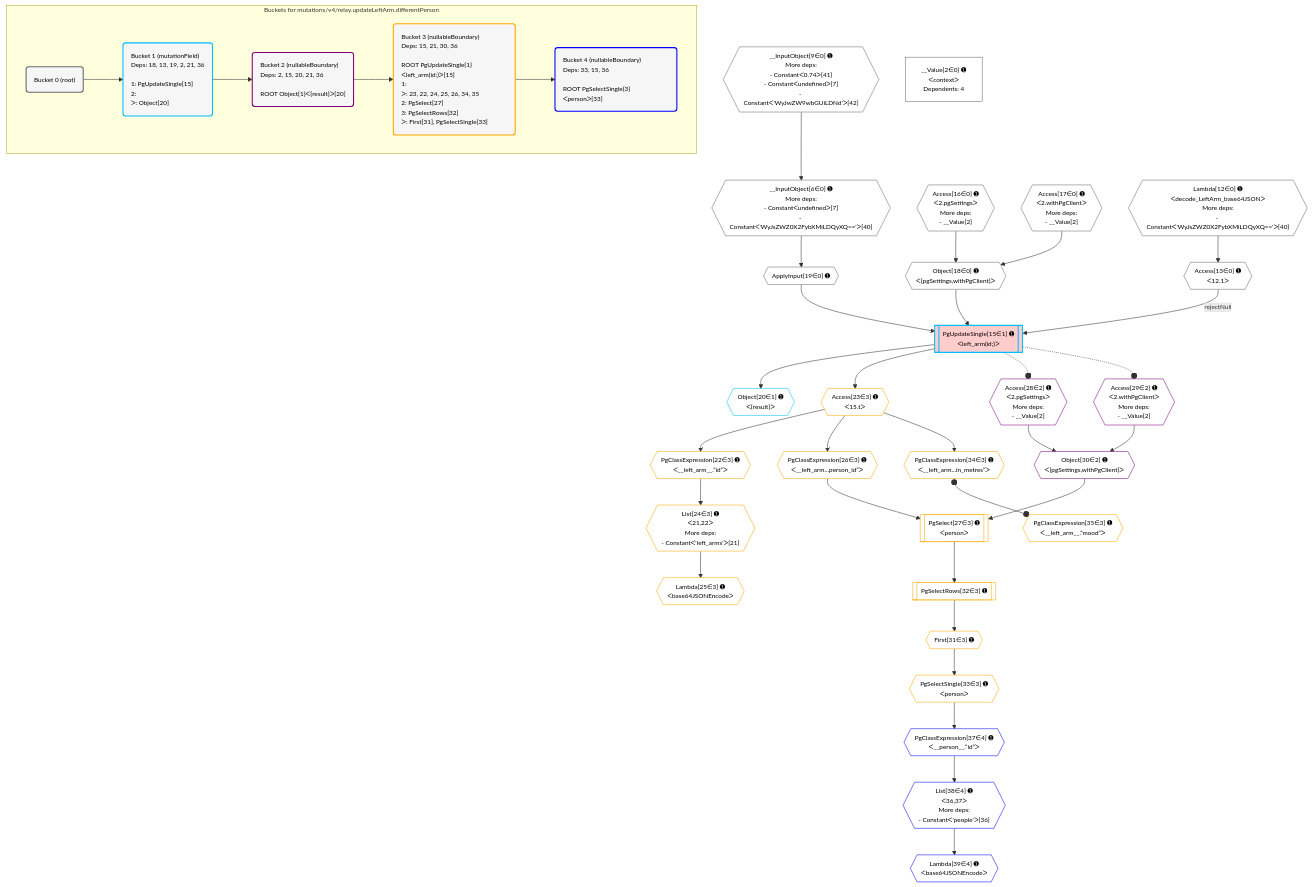
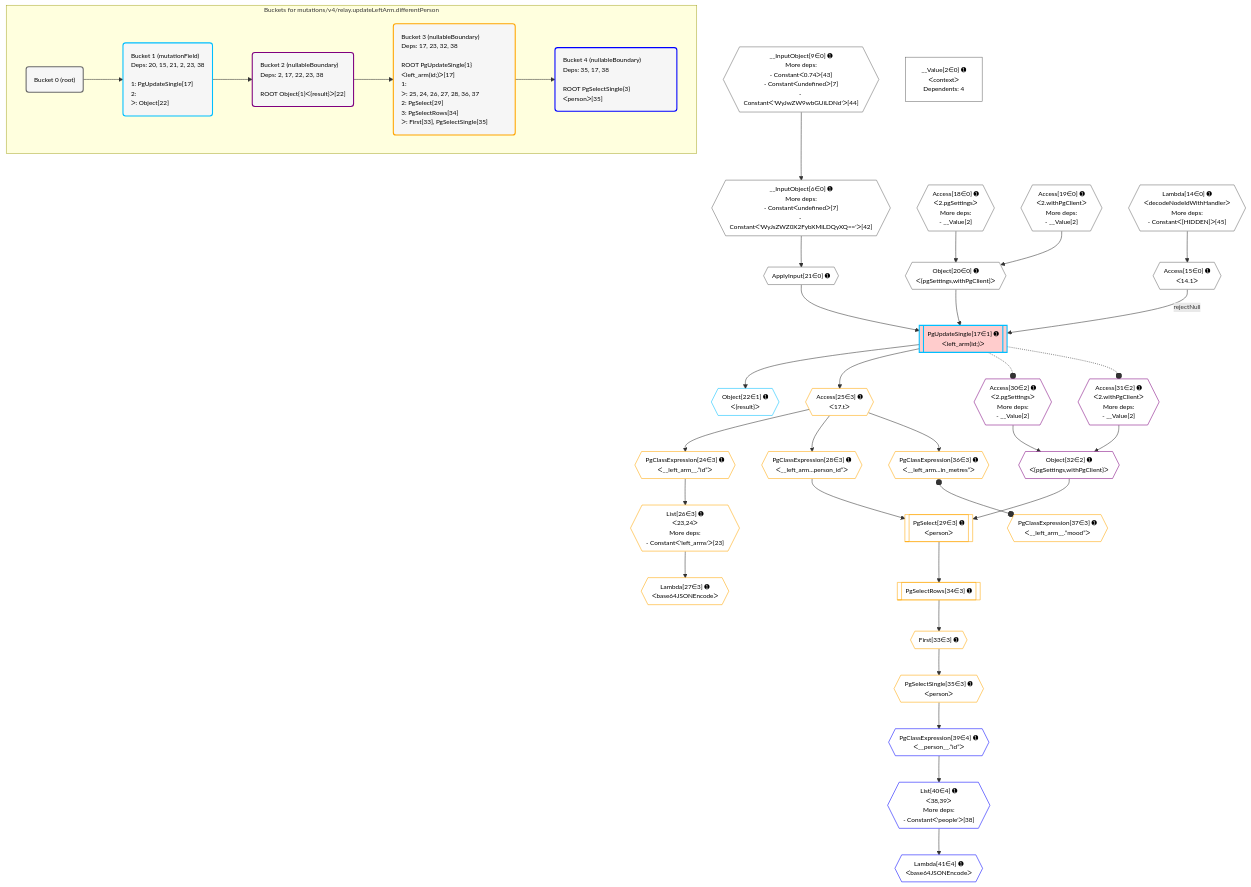
One commit to graphile/crystal changed the diagram in postgraphile/postgraphile/__tests__/mutations/v4/relay.updateLeftArm.differentPerson.mermaid. Above: the diagram before and after it, drawn with Mermaid. The commit also changed 10 other files, not shown here.

Commit message:
Update plan diagrams

```diff
--- a/postgraphile/postgraphile/__tests__/mutations/v4/relay.updateLeftArm.differentPerson.mermaid
+++ b/postgraphile/postgraphile/__tests__/mutations/v4/relay.updateLeftArm.differentPerson.mermaid
@@ -1,88 +1,88 @@
 %%{init: {'themeVariables': { 'fontSize': '12px'}}}%%
 graph TD
     classDef path fill:#eee,stroke:#000,color:#000
     classDef plan fill:#fff,stroke-width:1px,color:#000
     classDef itemplan fill:#fff,stroke-width:2px,color:#000
     classDef unbatchedplan fill:#dff,stroke-width:1px,color:#000
     classDef sideeffectplan fill:#fcc,stroke-width:2px,color:#000
     classDef bucket fill:#f6f6f6,color:#000,stroke-width:2px,text-align:left
 
     subgraph "Buckets for mutations/v4/relay.updateLeftArm.differentPerson"
     Bucket0("Bucket 0 (root)"):::bucket
-    Bucket1("Bucket 1 (mutationField)<br />Deps: 18, 13, 19, 2, 21, 36<br /><br />1: PgUpdateSingle[15]<br />2: <br />ᐳ: Object[20]"):::bucket
-    Bucket2("Bucket 2 (nullableBoundary)<br />Deps: 2, 15, 20, 21, 36<br /><br />ROOT Object{1}ᐸ{result}ᐳ[20]"):::bucket
-    Bucket3("Bucket 3 (nullableBoundary)<br />Deps: 15, 21, 30, 36<br /><br />ROOT PgUpdateSingle{1}ᐸleft_arm(id;)ᐳ[15]<br />1: <br />ᐳ: 23, 22, 24, 25, 26, 34, 35<br />2: PgSelect[27]<br />3: PgSelectRows[32]<br />ᐳ: First[31], PgSelectSingle[33]"):::bucket
-    Bucket4("Bucket 4 (nullableBoundary)<br />Deps: 33, 15, 36<br /><br />ROOT PgSelectSingle{3}ᐸpersonᐳ[33]"):::bucket
+    Bucket1("Bucket 1 (mutationField)<br />Deps: 20, 15, 21, 2, 23, 38<br /><br />1: PgUpdateSingle[17]<br />2: <br />ᐳ: Object[22]"):::bucket
+    Bucket2("Bucket 2 (nullableBoundary)<br />Deps: 2, 17, 22, 23, 38<br /><br />ROOT Object{1}ᐸ{result}ᐳ[22]"):::bucket
+    Bucket3("Bucket 3 (nullableBoundary)<br />Deps: 17, 23, 32, 38<br /><br />ROOT PgUpdateSingle{1}ᐸleft_arm(id;)ᐳ[17]<br />1: <br />ᐳ: 25, 24, 26, 27, 28, 36, 37<br />2: PgSelect[29]<br />3: PgSelectRows[34]<br />ᐳ: First[33], PgSelectSingle[35]"):::bucket
+    Bucket4("Bucket 4 (nullableBoundary)<br />Deps: 35, 17, 38<br /><br />ROOT PgSelectSingle{3}ᐸpersonᐳ[35]"):::bucket
     end
     Bucket0 --> Bucket1
     Bucket1 --> Bucket2
     Bucket2 --> Bucket3
     Bucket3 --> Bucket4
 
     %% plan dependencies
-    __InputObject6{{"__InputObject[6∈0] ➊<br />More deps:<br />- Constantᐸundefinedᐳ[7]<br />- Constantᐸ'WyJsZWZ0X2FybXMiLDQyXQ=='ᐳ[40]"}}:::plan
-    __InputObject9{{"__InputObject[9∈0] ➊<br />More deps:<br />- Constantᐸ0.74ᐳ[41]<br />- Constantᐸundefinedᐳ[7]<br />- Constantᐸ'WyJwZW9wbGUiLDNd'ᐳ[42]"}}:::plan
+    __InputObject6{{"__InputObject[6∈0] ➊<br />More deps:<br />- Constantᐸundefinedᐳ[7]<br />- Constantᐸ'WyJsZWZ0X2FybXMiLDQyXQ=='ᐳ[42]"}}:::plan
+    __InputObject9{{"__InputObject[9∈0] ➊<br />More deps:<br />- Constantᐸ0.74ᐳ[43]<br />- Constantᐸundefinedᐳ[7]<br />- Constantᐸ'WyJwZW9wbGUiLDNd'ᐳ[44]"}}:::plan
     __InputObject9 --> __InputObject6
-    Object18{{"Object[18∈0] ➊<br />ᐸ{pgSettings,withPgClient}ᐳ"}}:::plan
-    Access16{{"Access[16∈0] ➊<br />ᐸ2.pgSettingsᐳ<br />More deps:<br />- __Value[2]"}}:::plan
-    Access17{{"Access[17∈0] ➊<br />ᐸ2.withPgClientᐳ<br />More deps:<br />- __Value[2]"}}:::plan
-    Access16 & Access17 --> Object18
-    Lambda12{{"Lambda[12∈0] ➊<br />ᐸdecode_LeftArm_base64JSONᐳ<br />More deps:<br />- Constantᐸ'WyJsZWZ0X2FybXMiLDQyXQ=='ᐳ[40]"}}:::plan
-    Access13{{"Access[13∈0] ➊<br />ᐸ12.1ᐳ"}}:::plan
-    Lambda12 --> Access13
-    ApplyInput19{{"ApplyInput[19∈0] ➊"}}:::plan
-    __InputObject6 --> ApplyInput19
+    Object20{{"Object[20∈0] ➊<br />ᐸ{pgSettings,withPgClient}ᐳ"}}:::plan
+    Access18{{"Access[18∈0] ➊<br />ᐸ2.pgSettingsᐳ<br />More deps:<br />- __Value[2]"}}:::plan
+    Access19{{"Access[19∈0] ➊<br />ᐸ2.withPgClientᐳ<br />More deps:<br />- __Value[2]"}}:::plan
+    Access18 & Access19 --> Object20
+    Lambda14{{"Lambda[14∈0] ➊<br />ᐸdecodeNodeIdWithHandlerᐳ<br />More deps:<br />- Constantᐸ[HIDDEN]ᐳ[45]"}}:::plan
+    Access15{{"Access[15∈0] ➊<br />ᐸ14.1ᐳ"}}:::plan
+    Lambda14 --> Access15
+    ApplyInput21{{"ApplyInput[21∈0] ➊"}}:::plan
+    __InputObject6 --> ApplyInput21
     __Value2["__Value[2∈0] ➊<br />ᐸcontextᐳ<br />Dependents: 4"]:::plan
-    PgUpdateSingle15[["PgUpdateSingle[15∈1] ➊<br />ᐸleft_arm(id;)ᐳ"]]:::sideeffectplan
-    Access13 -->|rejectNull| PgUpdateSingle15
-    Object18 & ApplyInput19 --> PgUpdateSingle15
-    Object20{{"Object[20∈1] ➊<br />ᐸ{result}ᐳ"}}:::plan
-    PgUpdateSingle15 --> Object20
-    Object30{{"Object[30∈2] ➊<br />ᐸ{pgSettings,withPgClient}ᐳ"}}:::plan
-    Access28{{"Access[28∈2] ➊<br />ᐸ2.pgSettingsᐳ<br />More deps:<br />- __Value[2]"}}:::plan
-    Access29{{"Access[29∈2] ➊<br />ᐸ2.withPgClientᐳ<br />More deps:<br />- __Value[2]"}}:::plan
-    Access28 & Access29 --> Object30
-    List24{{"List[24∈3] ➊<br />ᐸ21,22ᐳ<br />More deps:<br />- Constantᐸ'left_arms'ᐳ[21]"}}:::plan
-    PgClassExpression22{{"PgClassExpression[22∈3] ➊<br />ᐸ__left_arm__.”id”ᐳ"}}:::plan
-    PgClassExpression22 --> List24
-    PgSelect27[["PgSelect[27∈3] ➊<br />ᐸpersonᐳ"]]:::plan
-    PgClassExpression26{{"PgClassExpression[26∈3] ➊<br />ᐸ__left_arm...person_id”ᐳ"}}:::plan
-    Object30 & PgClassExpression26 --> PgSelect27
-    Access23{{"Access[23∈3] ➊<br />ᐸ15.tᐳ"}}:::plan
-    Access23 --> PgClassExpression22
-    PgUpdateSingle15 --> Access23
-    Lambda25{{"Lambda[25∈3] ➊<br />ᐸbase64JSONEncodeᐳ"}}:::plan
-    List24 --> Lambda25
-    Access23 --> PgClassExpression26
-    First31{{"First[31∈3] ➊"}}:::plan
-    PgSelectRows32[["PgSelectRows[32∈3] ➊"]]:::plan
-    PgSelectRows32 --> First31
-    PgSelect27 --> PgSelectRows32
-    PgSelectSingle33{{"PgSelectSingle[33∈3] ➊<br />ᐸpersonᐳ"}}:::plan
-    First31 --> PgSelectSingle33
-    PgClassExpression34{{"PgClassExpression[34∈3] ➊<br />ᐸ__left_arm...in_metres”ᐳ"}}:::plan
-    Access23 --> PgClassExpression34
-    PgClassExpression35{{"PgClassExpression[35∈3] ➊<br />ᐸ__left_arm__.”mood”ᐳ"}}:::plan
-    PgClassExpression34 o--o PgClassExpression35
-    List38{{"List[38∈4] ➊<br />ᐸ36,37ᐳ<br />More deps:<br />- Constantᐸ'people'ᐳ[36]"}}:::plan
-    PgClassExpression37{{"PgClassExpression[37∈4] ➊<br />ᐸ__person__.”id”ᐳ"}}:::plan
-    PgClassExpression37 --> List38
-    PgSelectSingle33 --> PgClassExpression37
-    Lambda39{{"Lambda[39∈4] ➊<br />ᐸbase64JSONEncodeᐳ"}}:::plan
-    List38 --> Lambda39
+    PgUpdateSingle17[["PgUpdateSingle[17∈1] ➊<br />ᐸleft_arm(id;)ᐳ"]]:::sideeffectplan
+    Access15 -->|rejectNull| PgUpdateSingle17
+    Object20 & ApplyInput21 --> PgUpdateSingle17
+    Object22{{"Object[22∈1] ➊<br />ᐸ{result}ᐳ"}}:::plan
+    PgUpdateSingle17 --> Object22
+    Object32{{"Object[32∈2] ➊<br />ᐸ{pgSettings,withPgClient}ᐳ"}}:::plan
+    Access30{{"Access[30∈2] ➊<br />ᐸ2.pgSettingsᐳ<br />More deps:<br />- __Value[2]"}}:::plan
+    Access31{{"Access[31∈2] ➊<br />ᐸ2.withPgClientᐳ<br />More deps:<br />- __Value[2]"}}:::plan
+    Access30 & Access31 --> Object32
+    List26{{"List[26∈3] ➊<br />ᐸ23,24ᐳ<br />More deps:<br />- Constantᐸ'left_arms'ᐳ[23]"}}:::plan
+    PgClassExpression24{{"PgClassExpression[24∈3] ➊<br />ᐸ__left_arm__.”id”ᐳ"}}:::plan
+    PgClassExpression24 --> List26
+    PgSelect29[["PgSelect[29∈3] ➊<br />ᐸpersonᐳ"]]:::plan
+    PgClassExpression28{{"PgClassExpression[28∈3] ➊<br />ᐸ__left_arm...person_id”ᐳ"}}:::plan
+    Object32 & PgClassExpression28 --> PgSelect29
+    Access25{{"Access[25∈3] ➊<br />ᐸ17.tᐳ"}}:::plan
+    Access25 --> PgClassExpression24
+    PgUpdateSingle17 --> Access25
+    Lambda27{{"Lambda[27∈3] ➊<br />ᐸbase64JSONEncodeᐳ"}}:::plan
+    List26 --> Lambda27
+    Access25 --> PgClassExpression28
+    First33{{"First[33∈3] ➊"}}:::plan
+    PgSelectRows34[["PgSelectRows[34∈3] ➊"]]:::plan
+    PgSelectRows34 --> First33
+    PgSelect29 --> PgSelectRows34
+    PgSelectSingle35{{"PgSelectSingle[35∈3] ➊<br />ᐸpersonᐳ"}}:::plan
+    First33 --> PgSelectSingle35
+    PgClassExpression36{{"PgClassExpression[36∈3] ➊<br />ᐸ__left_arm...in_metres”ᐳ"}}:::plan
+    Access25 --> PgClassExpression36
+    PgClassExpression37{{"PgClassExpression[37∈3] ➊<br />ᐸ__left_arm__.”mood”ᐳ"}}:::plan
+    PgClassExpression36 o--o PgClassExpression37
+    List40{{"List[40∈4] ➊<br />ᐸ38,39ᐳ<br />More deps:<br />- Constantᐸ'people'ᐳ[38]"}}:::plan
+    PgClassExpression39{{"PgClassExpression[39∈4] ➊<br />ᐸ__person__.”id”ᐳ"}}:::plan
+    PgClassExpression39 --> List40
+    PgSelectSingle35 --> PgClassExpression39
+    Lambda41{{"Lambda[41∈4] ➊<br />ᐸbase64JSONEncodeᐳ"}}:::plan
+    List40 --> Lambda41
 
     %% define steps
     classDef bucket0 stroke:#696969
-    class Bucket0,__Value2,__InputObject6,__InputObject9,Lambda12,Access13,Access16,Access17,Object18,ApplyInput19 bucket0
+    class Bucket0,__Value2,__InputObject6,__InputObject9,Lambda14,Access15,Access18,Access19,Object20,ApplyInput21 bucket0
     classDef bucket1 stroke:#00bfff
-    class Bucket1,PgUpdateSingle15,Object20 bucket1
+    class Bucket1,PgUpdateSingle17,Object22 bucket1
     classDef bucket2 stroke:#7f007f
-    class Bucket2,Access28,Access29,Object30 bucket2
+    class Bucket2,Access30,Access31,Object32 bucket2
     classDef bucket3 stroke:#ffa500
-    class Bucket3,PgClassExpression22,Access23,List24,Lambda25,PgClassExpression26,PgSelect27,First31,PgSelectRows32,PgSelectSingle33,PgClassExpression34,PgClassExpression35 bucket3
+    class Bucket3,PgClassExpression24,Access25,List26,Lambda27,PgClassExpression28,PgSelect29,First33,PgSelectRows34,PgSelectSingle35,PgClassExpression36,PgClassExpression37 bucket3
     classDef bucket4 stroke:#0000ff
-    class Bucket4,PgClassExpression37,List38,Lambda39 bucket4
+    class Bucket4,PgClassExpression39,List40,Lambda41 bucket4
 
     %% implicit side effects
-    PgUpdateSingle15 -.-o Access28
-    PgUpdateSingle15 -.-o Access29
+    PgUpdateSingle17 -.-o Access30
+    PgUpdateSingle17 -.-o Access31
```
